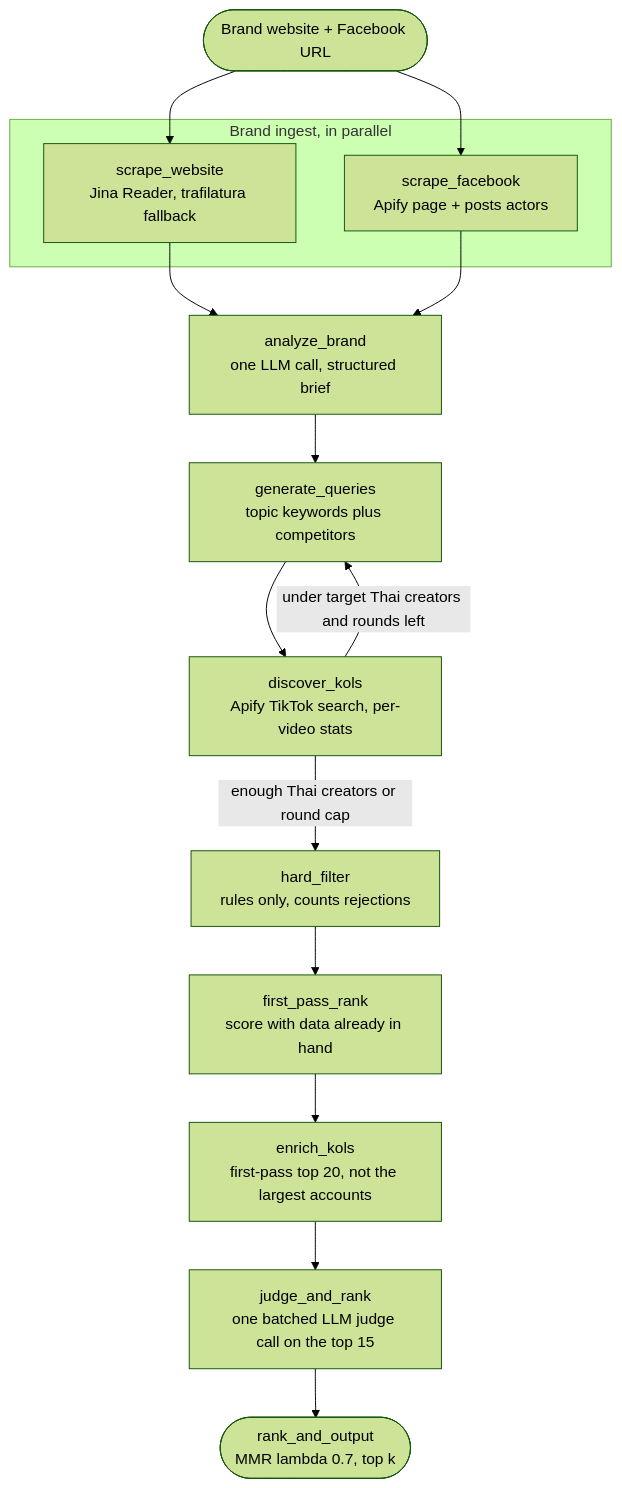
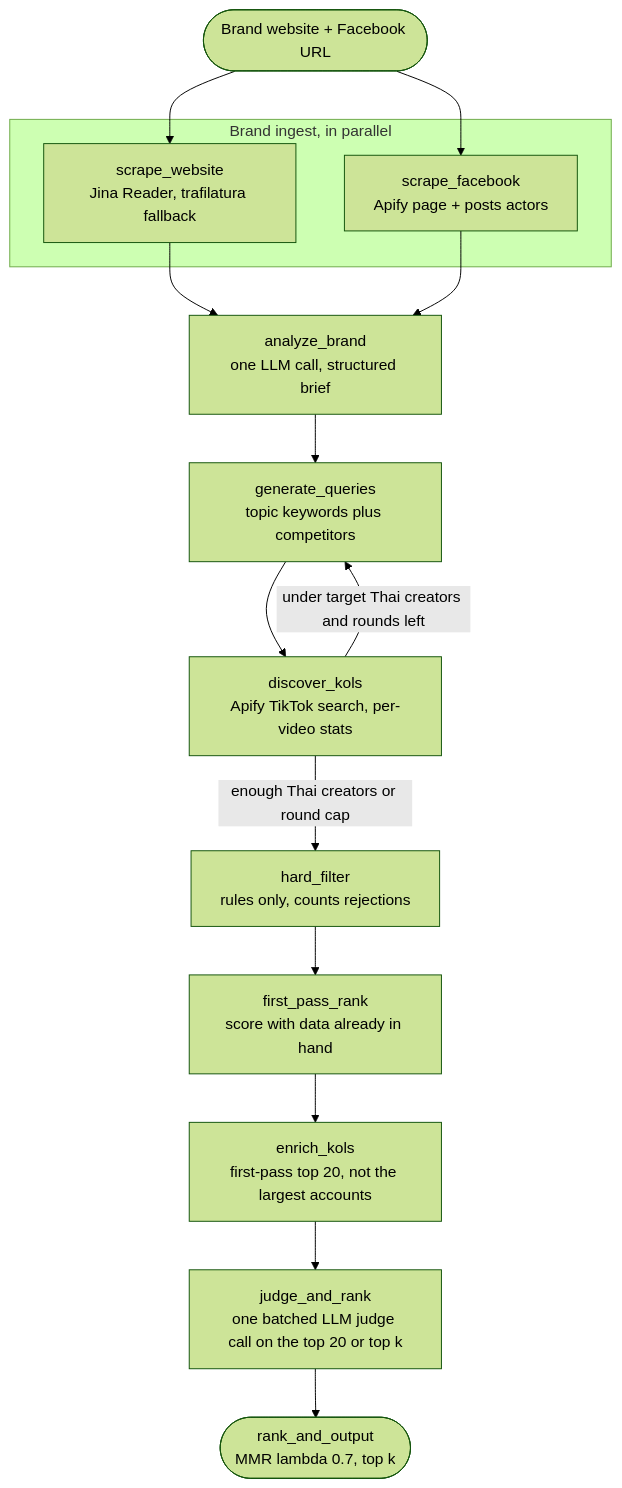
The first of 2 diagrams in README.md (Jamessurapat26/tiktok-kol-matcher), drawn with Mermaid (forest theme) before and after one commit. The commit also changed other lines of this file and 16 other files, not shown here.

````diff
--- a/README.md
+++ b/README.md
@@ -226,21 +226,21 @@
 ```mermaid
 flowchart TD
     REQ([Brand website + Facebook URL]) --> W
     REQ --> F
 
     subgraph ingest [Brand ingest, in parallel]
         W["scrape_website<br/>Jina Reader, trafilatura fallback"]
         F["scrape_facebook<br/>Apify page + posts actors"]
     end
 
     W --> A["analyze_brand<br/>one LLM call, structured brief"]
     F --> A
     A --> Q["generate_queries<br/>topic keywords plus competitors"]
     Q --> D["discover_kols<br/>Apify TikTok search, per-video stats"]
     D -->|"under target Thai creators and rounds left"| Q
     D -->|"enough Thai creators or round cap"| HF["hard_filter<br/>rules only, counts rejections"]
     HF --> FP["first_pass_rank<br/>score with data already in hand"]
     FP --> E["enrich_kols<br/>first-pass top 20, not the largest accounts"]
-    E --> J["judge_and_rank<br/>one batched LLM judge call on the top 15"]
+    E --> J["judge_and_rank<br/>one batched LLM judge call on the top 20 or top k"]
     J --> O(["rank_and_output<br/>MMR lambda 0.7, top k"])
 ```
````
